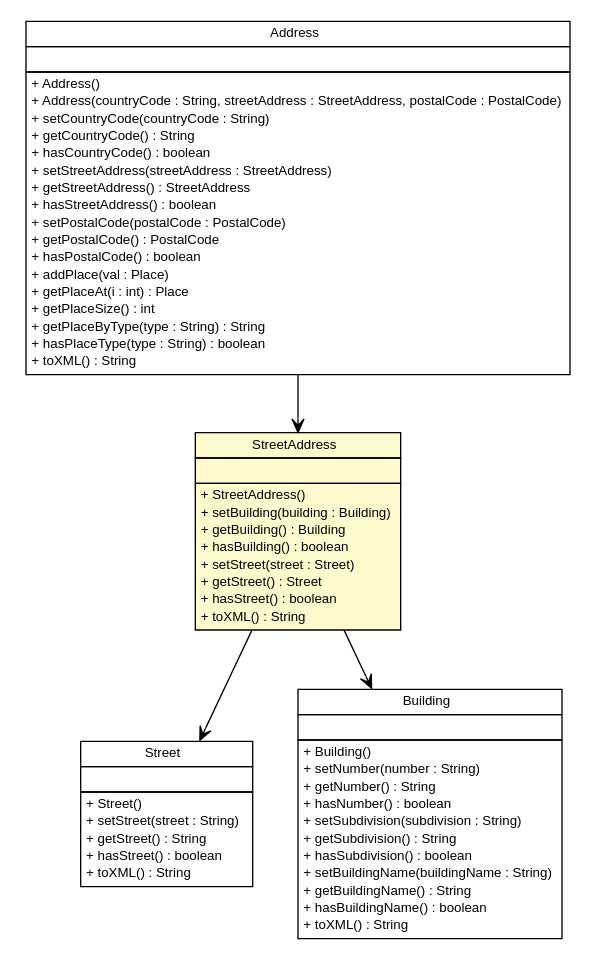
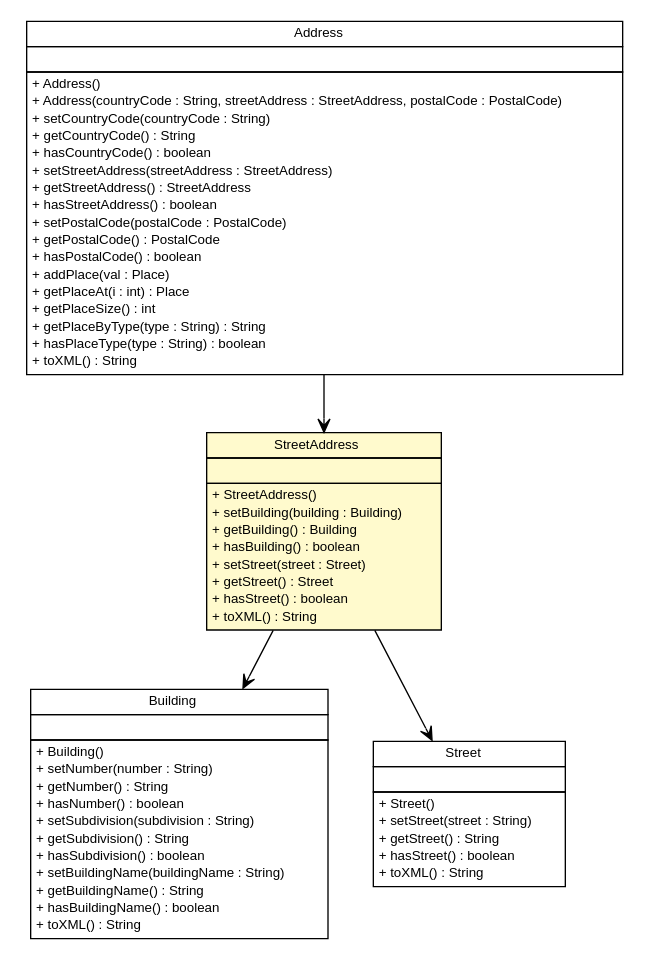
Before and after one commit to geozet/openls-databinding: the diagram in apidocs/nl/geozet/openls/databinding/openls/StreetAddress.dot, drawn with Graphviz. The commit also changed 307 other files, not shown here.

```diff
--- a/apidocs/nl/geozet/openls/databinding/openls/StreetAddress.dot
+++ b/apidocs/nl/geozet/openls/databinding/openls/StreetAddress.dot
@@ -1,103 +1,103 @@
 #!/usr/local/bin/dot
 #
 # Class diagram 
 # Generated by UMLGraph version R5_6-24-gf6e263 (http://www.umlgraph.org/)
 #
 
 digraph G {
-	edge [fontname="arial",fontsize=10,labelfontname="arial",labelfontsize=10];
-	node [fontname="arial",fontsize=10,shape=plaintext];
+	edge [fontname="Helvetica",fontsize=10,labelfontname="Helvetica",labelfontsize=10];
+	node [fontname="Helvetica",fontsize=10,shape=plaintext];
 	nodesep=0.25;
 	ranksep=0.5;
-	// nl.geozet.openls.databinding.openls.StreetAddress
-	c352 [label=<<table title="nl.geozet.openls.databinding.openls.StreetAddress" border="0" cellborder="1" cellspacing="0" cellpadding="2" port="p" bgcolor="lemonChiffon" href="./StreetAddress.html">
-		<tr><td><table border="0" cellspacing="0" cellpadding="1">
-<tr><td align="center" balign="center"> StreetAddress </td></tr>
-		</table></td></tr>
-		<tr><td><table border="0" cellspacing="0" cellpadding="1">
-<tr><td align="left" balign="left">  </td></tr>
-		</table></td></tr>
-		<tr><td><table border="0" cellspacing="0" cellpadding="1">
-<tr><td align="left" balign="left"> + StreetAddress() </td></tr>
-<tr><td align="left" balign="left"> + setBuilding(building : Building) </td></tr>
-<tr><td align="left" balign="left"> + getBuilding() : Building </td></tr>
-<tr><td align="left" balign="left"> + hasBuilding() : boolean </td></tr>
-<tr><td align="left" balign="left"> + setStreet(street : Street) </td></tr>
-<tr><td align="left" balign="left"> + getStreet() : Street </td></tr>
-<tr><td align="left" balign="left"> + hasStreet() : boolean </td></tr>
-<tr><td align="left" balign="left"> + toXML() : String </td></tr>
-		</table></td></tr>
-		</table>>, URL="./StreetAddress.html", fontname="arial", fontcolor="black", fontsize=10.0];
-	// nl.geozet.openls.databinding.openls.Street
-	c353 [label=<<table title="nl.geozet.openls.databinding.openls.Street" border="0" cellborder="1" cellspacing="0" cellpadding="2" port="p" href="./Street.html">
-		<tr><td><table border="0" cellspacing="0" cellpadding="1">
-<tr><td align="center" balign="center"> Street </td></tr>
-		</table></td></tr>
-		<tr><td><table border="0" cellspacing="0" cellpadding="1">
-<tr><td align="left" balign="left">  </td></tr>
-		</table></td></tr>
-		<tr><td><table border="0" cellspacing="0" cellpadding="1">
-<tr><td align="left" balign="left"> + Street() </td></tr>
-<tr><td align="left" balign="left"> + setStreet(street : String) </td></tr>
-<tr><td align="left" balign="left"> + getStreet() : String </td></tr>
-<tr><td align="left" balign="left"> + hasStreet() : boolean </td></tr>
-<tr><td align="left" balign="left"> + toXML() : String </td></tr>
-		</table></td></tr>
-		</table>>, URL="./Street.html", fontname="arial", fontcolor="black", fontsize=10.0];
 	// nl.geozet.openls.databinding.openls.Building
-	c361 [label=<<table title="nl.geozet.openls.databinding.openls.Building" border="0" cellborder="1" cellspacing="0" cellpadding="2" port="p" href="./Building.html">
+	c356 [label=<<table title="nl.geozet.openls.databinding.openls.Building" border="0" cellborder="1" cellspacing="0" cellpadding="2" port="p" href="./Building.html">
 		<tr><td><table border="0" cellspacing="0" cellpadding="1">
 <tr><td align="center" balign="center"> Building </td></tr>
 		</table></td></tr>
 		<tr><td><table border="0" cellspacing="0" cellpadding="1">
 <tr><td align="left" balign="left">  </td></tr>
 		</table></td></tr>
 		<tr><td><table border="0" cellspacing="0" cellpadding="1">
 <tr><td align="left" balign="left"> + Building() </td></tr>
 <tr><td align="left" balign="left"> + setNumber(number : String) </td></tr>
 <tr><td align="left" balign="left"> + getNumber() : String </td></tr>
 <tr><td align="left" balign="left"> + hasNumber() : boolean </td></tr>
 <tr><td align="left" balign="left"> + setSubdivision(subdivision : String) </td></tr>
 <tr><td align="left" balign="left"> + getSubdivision() : String </td></tr>
 <tr><td align="left" balign="left"> + hasSubdivision() : boolean </td></tr>
 <tr><td align="left" balign="left"> + setBuildingName(buildingName : String) </td></tr>
 <tr><td align="left" balign="left"> + getBuildingName() : String </td></tr>
 <tr><td align="left" balign="left"> + hasBuildingName() : boolean </td></tr>
 <tr><td align="left" balign="left"> + toXML() : String </td></tr>
 		</table></td></tr>
-		</table>>, URL="./Building.html", fontname="arial", fontcolor="black", fontsize=10.0];
+		</table>>, URL="./Building.html", fontname="Helvetica", fontcolor="black", fontsize=10.0];
+	// nl.geozet.openls.databinding.openls.StreetAddress
+	c357 [label=<<table title="nl.geozet.openls.databinding.openls.StreetAddress" border="0" cellborder="1" cellspacing="0" cellpadding="2" port="p" bgcolor="lemonChiffon" href="./StreetAddress.html">
+		<tr><td><table border="0" cellspacing="0" cellpadding="1">
+<tr><td align="center" balign="center"> StreetAddress </td></tr>
+		</table></td></tr>
+		<tr><td><table border="0" cellspacing="0" cellpadding="1">
+<tr><td align="left" balign="left">  </td></tr>
+		</table></td></tr>
+		<tr><td><table border="0" cellspacing="0" cellpadding="1">
+<tr><td align="left" balign="left"> + StreetAddress() </td></tr>
+<tr><td align="left" balign="left"> + setBuilding(building : Building) </td></tr>
+<tr><td align="left" balign="left"> + getBuilding() : Building </td></tr>
+<tr><td align="left" balign="left"> + hasBuilding() : boolean </td></tr>
+<tr><td align="left" balign="left"> + setStreet(street : Street) </td></tr>
+<tr><td align="left" balign="left"> + getStreet() : Street </td></tr>
+<tr><td align="left" balign="left"> + hasStreet() : boolean </td></tr>
+<tr><td align="left" balign="left"> + toXML() : String </td></tr>
+		</table></td></tr>
+		</table>>, URL="./StreetAddress.html", fontname="Helvetica", fontcolor="black", fontsize=10.0];
 	// nl.geozet.openls.databinding.openls.Address
-	c362 [label=<<table title="nl.geozet.openls.databinding.openls.Address" border="0" cellborder="1" cellspacing="0" cellpadding="2" port="p" href="./Address.html">
+	c361 [label=<<table title="nl.geozet.openls.databinding.openls.Address" border="0" cellborder="1" cellspacing="0" cellpadding="2" port="p" href="./Address.html">
 		<tr><td><table border="0" cellspacing="0" cellpadding="1">
 <tr><td align="center" balign="center"> Address </td></tr>
 		</table></td></tr>
 		<tr><td><table border="0" cellspacing="0" cellpadding="1">
 <tr><td align="left" balign="left">  </td></tr>
 		</table></td></tr>
 		<tr><td><table border="0" cellspacing="0" cellpadding="1">
 <tr><td align="left" balign="left"> + Address() </td></tr>
 <tr><td align="left" balign="left"> + Address(countryCode : String, streetAddress : StreetAddress, postalCode : PostalCode) </td></tr>
 <tr><td align="left" balign="left"> + setCountryCode(countryCode : String) </td></tr>
 <tr><td align="left" balign="left"> + getCountryCode() : String </td></tr>
 <tr><td align="left" balign="left"> + hasCountryCode() : boolean </td></tr>
 <tr><td align="left" balign="left"> + setStreetAddress(streetAddress : StreetAddress) </td></tr>
 <tr><td align="left" balign="left"> + getStreetAddress() : StreetAddress </td></tr>
 <tr><td align="left" balign="left"> + hasStreetAddress() : boolean </td></tr>
 <tr><td align="left" balign="left"> + setPostalCode(postalCode : PostalCode) </td></tr>
 <tr><td align="left" balign="left"> + getPostalCode() : PostalCode </td></tr>
 <tr><td align="left" balign="left"> + hasPostalCode() : boolean </td></tr>
 <tr><td align="left" balign="left"> + addPlace(val : Place) </td></tr>
 <tr><td align="left" balign="left"> + getPlaceAt(i : int) : Place </td></tr>
 <tr><td align="left" balign="left"> + getPlaceSize() : int </td></tr>
 <tr><td align="left" balign="left"> + getPlaceByType(type : String) : String </td></tr>
 <tr><td align="left" balign="left"> + hasPlaceType(type : String) : boolean </td></tr>
 <tr><td align="left" balign="left"> + toXML() : String </td></tr>
 		</table></td></tr>
-		</table>>, URL="./Address.html", fontname="arial", fontcolor="black", fontsize=10.0];
+		</table>>, URL="./Address.html", fontname="Helvetica", fontcolor="black", fontsize=10.0];
+	// nl.geozet.openls.databinding.openls.Street
+	c364 [label=<<table title="nl.geozet.openls.databinding.openls.Street" border="0" cellborder="1" cellspacing="0" cellpadding="2" port="p" href="./Street.html">
+		<tr><td><table border="0" cellspacing="0" cellpadding="1">
+<tr><td align="center" balign="center"> Street </td></tr>
+		</table></td></tr>
+		<tr><td><table border="0" cellspacing="0" cellpadding="1">
+<tr><td align="left" balign="left">  </td></tr>
+		</table></td></tr>
+		<tr><td><table border="0" cellspacing="0" cellpadding="1">
+<tr><td align="left" balign="left"> + Street() </td></tr>
+<tr><td align="left" balign="left"> + setStreet(street : String) </td></tr>
+<tr><td align="left" balign="left"> + getStreet() : String </td></tr>
+<tr><td align="left" balign="left"> + hasStreet() : boolean </td></tr>
+<tr><td align="left" balign="left"> + toXML() : String </td></tr>
+		</table></td></tr>
+		</table>>, URL="./Street.html", fontname="Helvetica", fontcolor="black", fontsize=10.0];
 	// nl.geozet.openls.databinding.openls.StreetAddress NAVASSOC nl.geozet.openls.databinding.openls.Building
-	c352:p -> c361:p [taillabel="", label="", headlabel="", fontname="arial", fontcolor="black", fontsize=10.0, color="black", arrowhead=open];
+	c357:p -> c356:p [taillabel="", label="", headlabel="", fontname="Helvetica", fontcolor="black", fontsize=10.0, color="black", arrowhead=open];
 	// nl.geozet.openls.databinding.openls.StreetAddress NAVASSOC nl.geozet.openls.databinding.openls.Street
-	c352:p -> c353:p [taillabel="", label="", headlabel="", fontname="arial", fontcolor="black", fontsize=10.0, color="black", arrowhead=open];
+	c357:p -> c364:p [taillabel="", label="", headlabel="", fontname="Helvetica", fontcolor="black", fontsize=10.0, color="black", arrowhead=open];
 	// nl.geozet.openls.databinding.openls.Address NAVASSOC nl.geozet.openls.databinding.openls.StreetAddress
-	c362:p -> c352:p [taillabel="", label="", headlabel="", fontname="arial", fontcolor="black", fontsize=10.0, color="black", arrowhead=open];
+	c361:p -> c357:p [taillabel="", label="", headlabel="", fontname="Helvetica", fontcolor="black", fontsize=10.0, color="black", arrowhead=open];
 }
```
